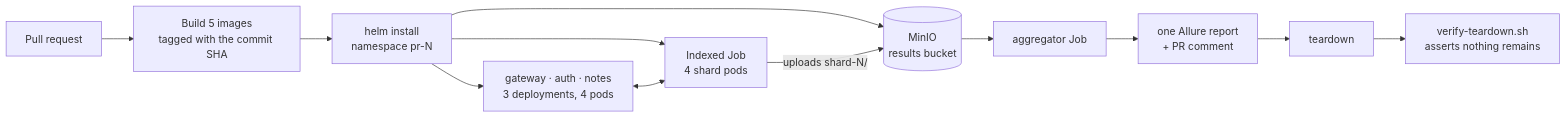
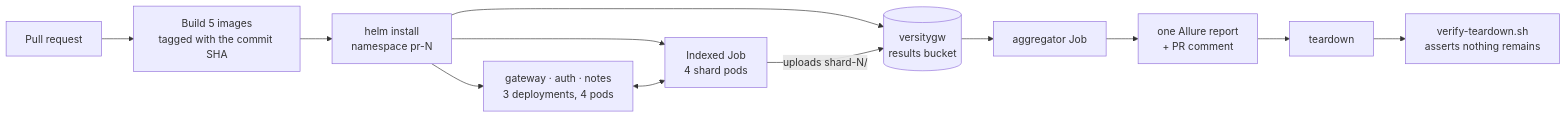
One commit to AKogut/ephemeral-k8s-test-envs changed the diagram in README.md. Above: the diagram before and after it, drawn with Mermaid. The commit also changed other lines of this file and 36 other files, not shown here.

````diff
--- a/README.md
+++ b/README.md
@@ -50,14 +50,14 @@
 ```mermaid
 flowchart LR
     PR[Pull request] --> B[Build 5 images<br/>tagged with the commit SHA]
     B --> D[helm install<br/>namespace pr-N]
     D --> E[gateway · auth · notes<br/>3 deployments, 4 pods]
     D --> S[Indexed Job<br/>4 shard pods]
-    D --> M[(MinIO<br/>results bucket)]
+    D --> M[(versitygw<br/>results bucket)]
     E <--> S
     S -->|uploads shard-N/| M
     M --> A[aggregator Job]
     A --> R[one Allure report<br/>+ PR comment]
     R --> T[teardown]
     T --> P[verify-teardown.sh<br/>asserts nothing remains]
 ```
````
